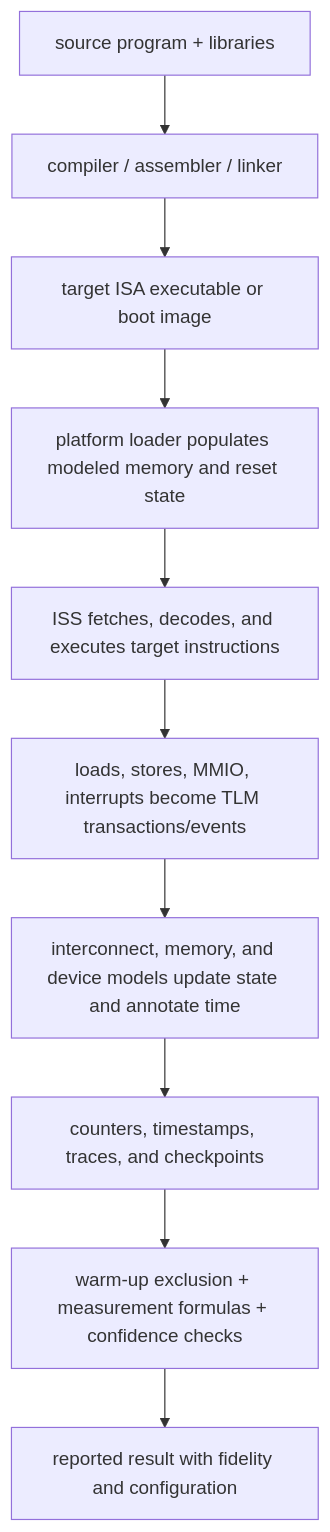
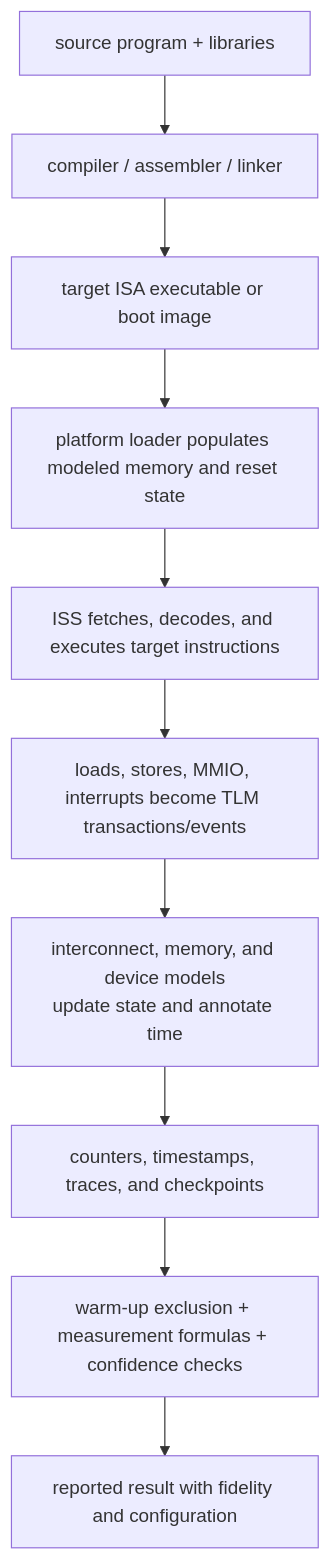
Before and after one commit to Wty2003328/silicon-design-notebook: the seventh of 7 diagrams in 00_Fundamentals/05_SystemC_and_TLM.md, drawn with Mermaid. The commit also changed other lines of this file and 125 other files, not shown here.

First line of the commit message:
Complete the AMBA family, refresh the learning path, and make every figure and formula actually render

````diff
--- a/00_Fundamentals/05_SystemC_and_TLM.md
+++ b/00_Fundamentals/05_SystemC_and_TLM.md
@@ -498,12 +494,12 @@
 ```mermaid
 flowchart TD
     SRC["source program + libraries"] --> COMP["compiler / assembler / linker"]
     COMP --> IMG["target ISA executable or boot image"]
     IMG --> LOAD["platform loader populates modeled memory and reset state"]
     LOAD --> ISS["ISS fetches, decodes, and executes target instructions"]
     ISS --> TX["loads, stores, MMIO, interrupts become TLM transactions/events"]
-    TX --> MODELS["interconnect, memory, and device models update state and annotate time"]
+    TX --> MODELS["interconnect, memory, and device models<br/>update state and annotate time"]
     MODELS --> OBS["counters, timestamps, traces, and checkpoints"]
     OBS --> REDUCE["warm-up exclusion + measurement formulas + confidence checks"]
     REDUCE --> RESULT["reported result with fidelity and configuration"]
 ```
````
